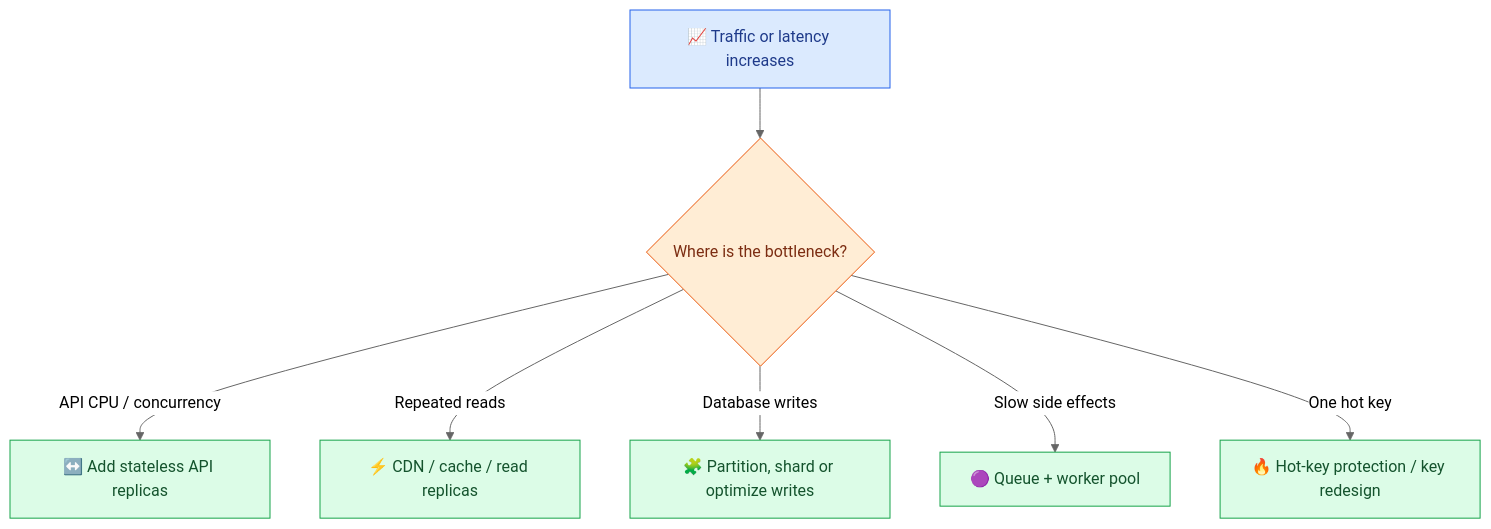
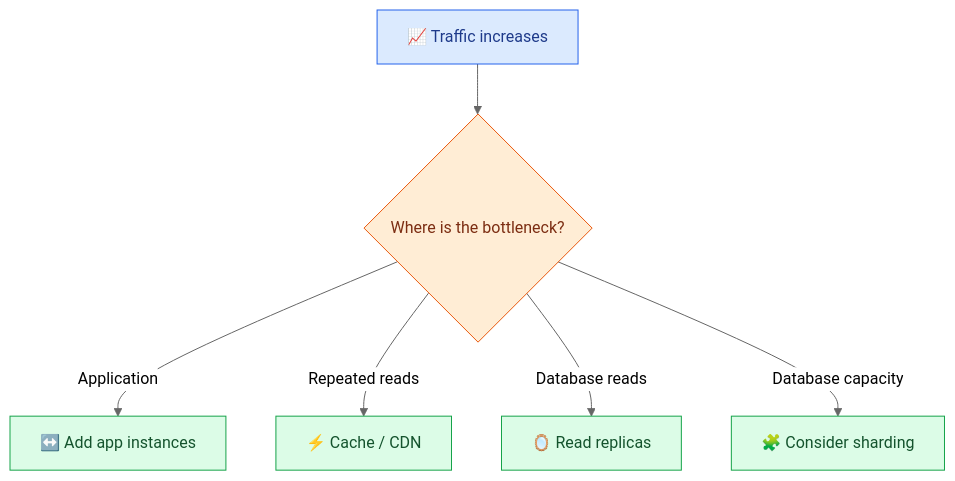
Before and after one commit to azam123/Engineering-Interview-Prep: the eighth of 9 diagrams in System-Design/01-E-Commerce-Amazon.md, drawn with Mermaid (neutral theme). The commit also changed other lines of this file, not shown here.

```diff
--- a/System-Design/01-E-Commerce-Amazon.md
+++ b/System-Design/01-E-Commerce-Amazon.md
@@ -519,15 +422,14 @@
 ~~~mermaid
 flowchart TD
-    T["📈 Traffic or latency increases"] --> D{"Where is the bottleneck?"}
-    D -->|API CPU / concurrency| A["↔️ Add stateless API replicas"]
-    D -->|Repeated reads| C["⚡ CDN / cache / read replicas"]
-    D -->|Database writes| S["🧩 Partition, shard or optimize writes"]
-    D -->|Slow side effects| Q["🟣 Queue + worker pool"]
-    D -->|One hot key| H["🔥 Hot-key protection / key redesign"]
-    classDef input fill:#dbeafe,stroke:#2563eb,color:#1e3a8a;
+    T["📈 Traffic increases"] --> Q{"Where is the bottleneck?"}
+    Q -->|Application| H["↔️ Add app instances"]
+    Q -->|Repeated reads| C["⚡ Cache / CDN"]
+    Q -->|Database reads| R["🪞 Read replicas"]
+    Q -->|Database capacity| S["🧩 Consider sharding"]
+    classDef start fill:#dbeafe,stroke:#2563eb,color:#1e3a8a;
     classDef choice fill:#ffedd5,stroke:#ea580c,color:#7c2d12;
-    classDef action fill:#dcfce7,stroke:#16a34a,color:#14532d;
-    class T input;
-    class D choice;
-    class A,C,S,Q,H action;
+    classDef solution fill:#dcfce7,stroke:#16a34a,color:#14532d;
+    class T start;
+    class Q choice;
+    class H,C,R,S solution;
 ~~~
```
